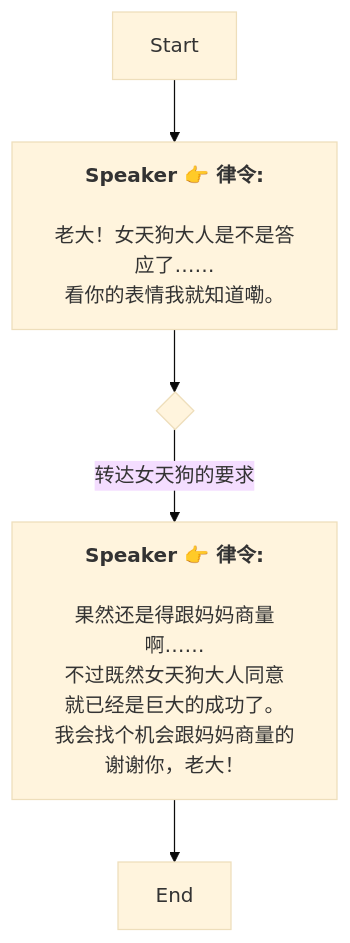
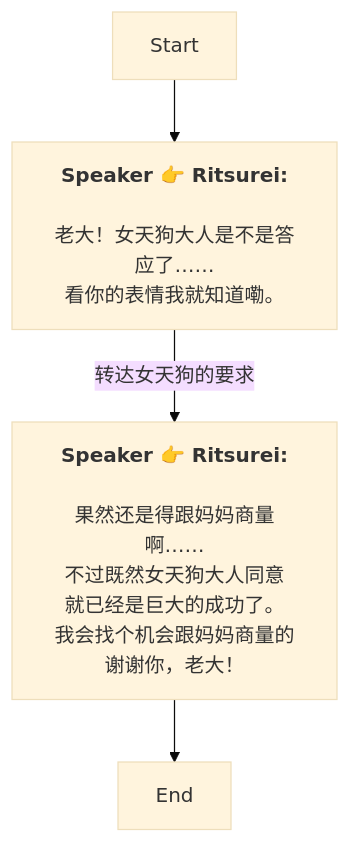
Before and after one commit to SoftHu/tos_avg: the diagram in Zh/QuestTalkObjectiveNode_1758367008380588.md, drawn with Mermaid (base theme). The commit also changed 737 other files, not shown here.

````diff
--- a/Zh/QuestTalkObjectiveNode_1758367008380588.md
+++ b/Zh/QuestTalkObjectiveNode_1758367008380588.md
@@ -1,17 +1,13 @@
 ```mermaid
 graph
-Start -->1758367218922159[<b>Speaker 👉 律令:</b>
-
-老大！女天狗大人是不是答应了……
+Start -->1758367218922159[<b>Speaker 👉 Ritsurei:</b>
+\n老大！女天狗大人是不是答应了……
 看你的表情我就知道嘞。]
-1758367218922159 -->1758367237911216{ }
-1758367237911216 -->|转达女天狗的要求|1758367257281203[<b>Speaker 👉 律令:</b>
-
-果然还是得跟妈妈商量啊……
+1758367218922159 -->|转达女天狗的要求|1758367257281203[<b>Speaker 👉 Ritsurei:</b>
+\n果然还是得跟妈妈商量啊……
 不过既然女天狗大人同意
-就已经是巨大的成功了。
-我会找个机会跟妈妈商量的
+就已经是巨大的成功了。\n我会找个机会跟妈妈商量的
 谢谢你，老大！]
 1758367257281203 -->1758367297307316[End]
 
- ```
+```
````
